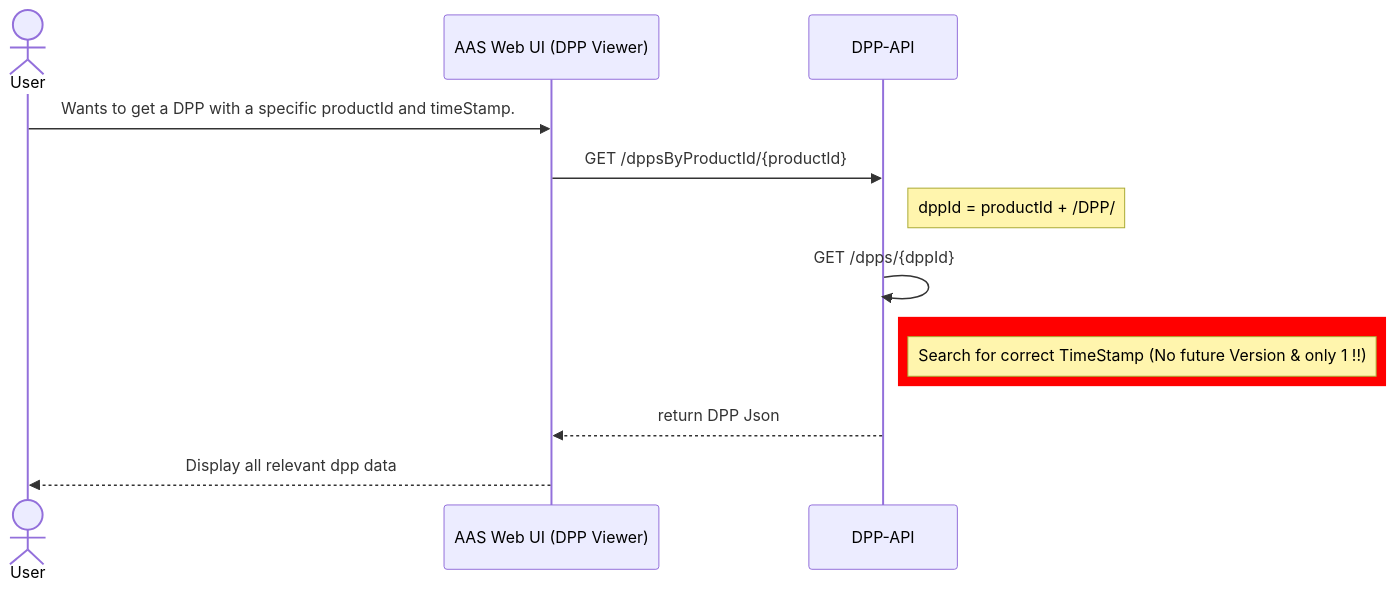
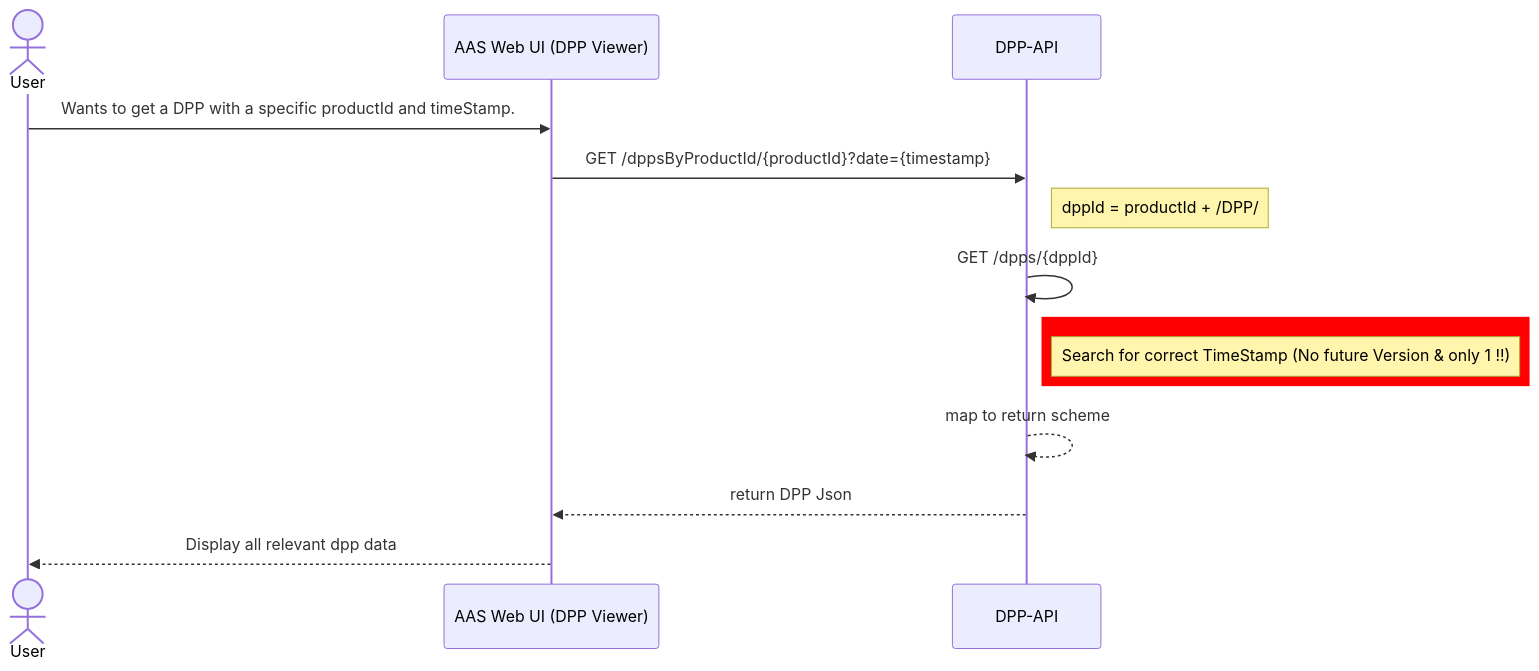
Before and after one commit to DHBW-TINF24F/Team6-BaSyx-DPP-API: the sixth of 10 diagrams in PROJECT/SAS/mapping/mapping.md, drawn with Mermaid. The commit also changed other lines of this file, not shown here.

Commit message:
further info to GET /dppsByProductIdAndDate & quick redraw with POST /dppsByProductIds

````diff
--- a/PROJECT/SAS/mapping/mapping.md
+++ b/PROJECT/SAS/mapping/mapping.md
@@ -239,18 +239,18 @@
 ```mermaid
-%%Mit Rentschler besprechen
 sequenceDiagram
   actor User
   participant Web as AAS Web UI (DPP Viewer)
   participant API as DPP-API
 
   User->>Web: Wants to get a DPP with a specific productId and timeStamp.
-  Web->>API: GET /dppsByProductId/{productId}
+  Web->>API: GET /dppsByProductId/{productId}?date={timestamp}
   Note right of API: dppId = productId + /DPP/
   API->>API: GET /dpps/{dppId}
   rect red
     Note right of API: Search for correct TimeStamp (No future Version & only 1 !!)
   end
+  API-->>API: map to return scheme
 
   API-->>Web: return DPP Json
   Web-->>User: Display all relevant dpp data
 ```
````
